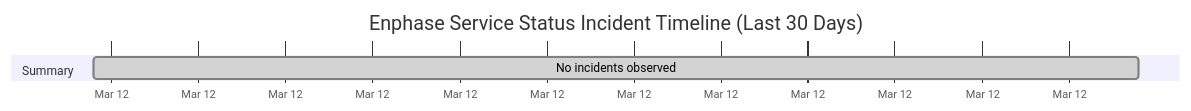
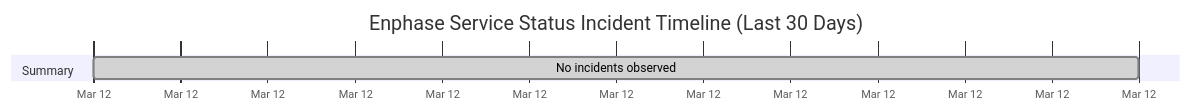
Before and after one commit to barneyonline/ha-enphase-ev-charger: the diagram in wiki/Service-Status-History.md, drawn with Mermaid. The commit also changed other lines of this file and 3 other files, not shown here.

````diff
--- a/wiki/Service-Status-History.md
+++ b/wiki/Service-Status-History.md
@@ -14,8 +14,8 @@
 ```mermaid
 gantt
     title Enphase Service Status Incident Timeline (Last 30 Days)
     dateFormat  YYYY-MM-DDTHH:mm:ss
     axisFormat  %b %d
     section Summary
-    No incidents observed :done, 2026-03-12T12:37:19, 1m
+    No incidents observed :done, 2026-03-12T13:56:50, 1m
 ```
````
